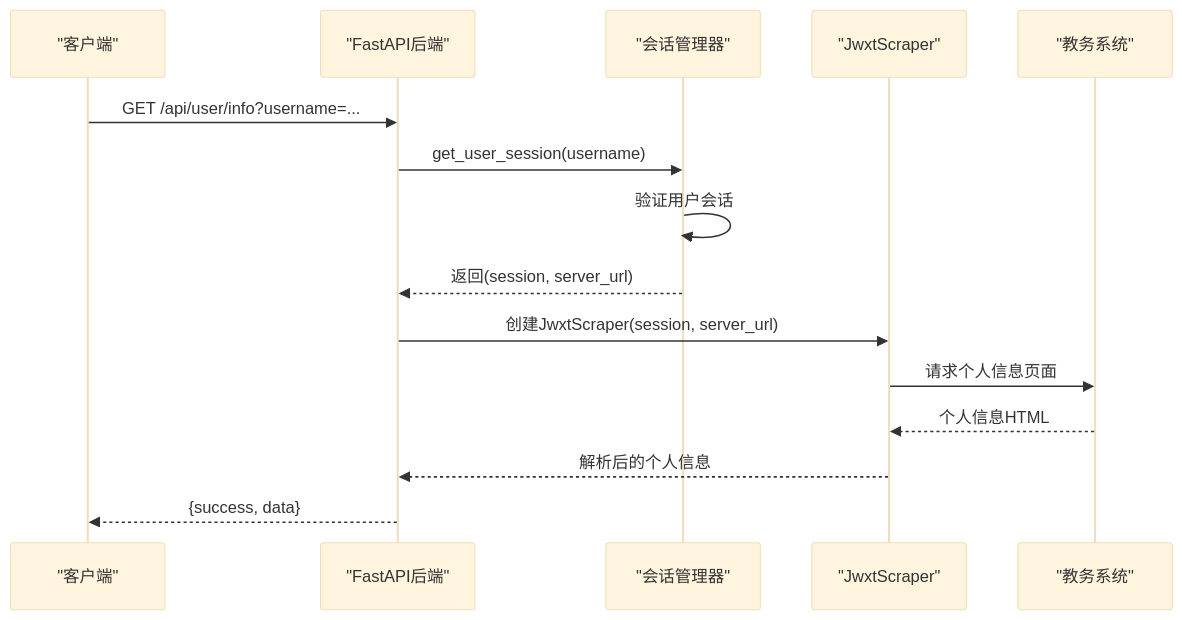
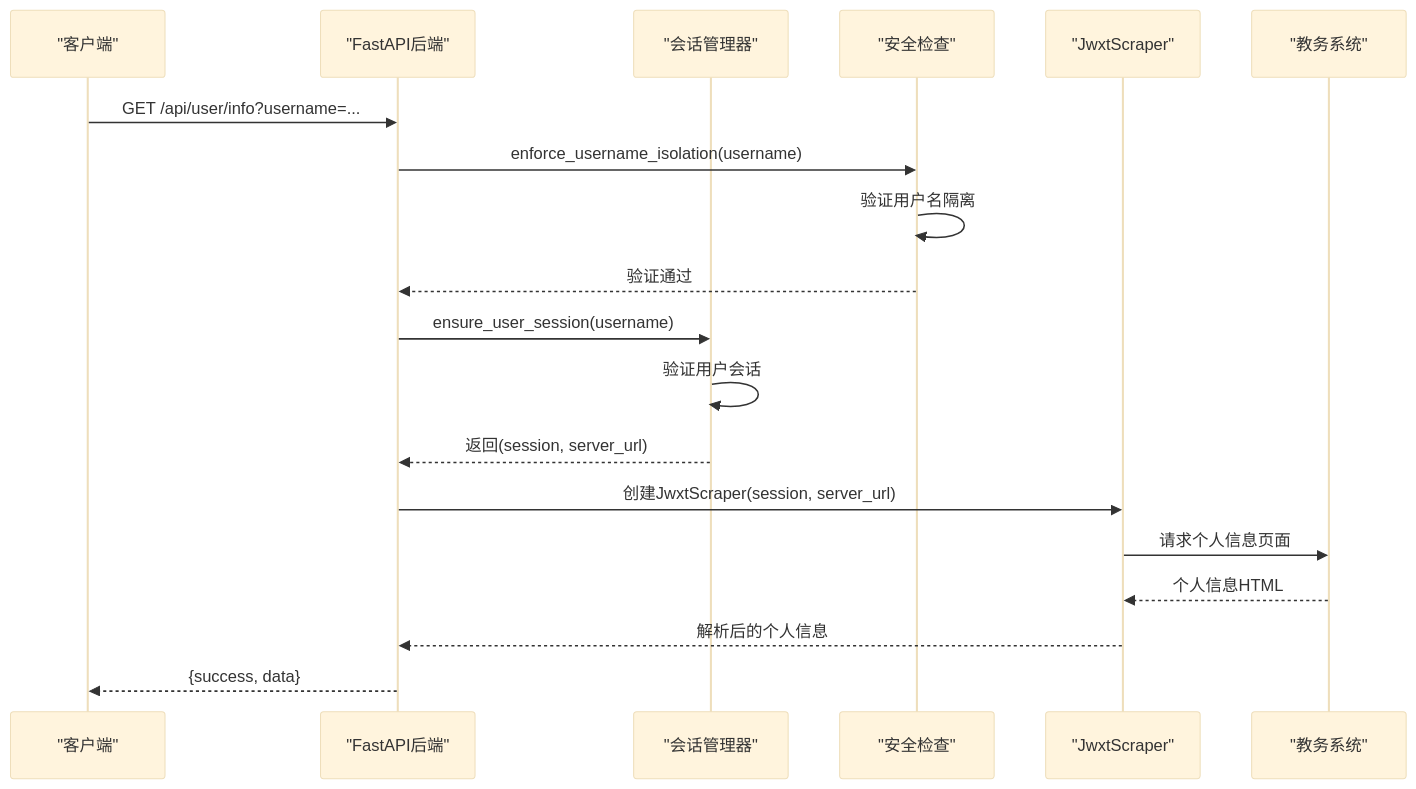
One commit to ghbbn053-ship-itsoulddog/soulddog changed the fourth of 15 diagrams in .qoder/repowiki/zh/content/后端API文档/个人信息查询API.md. Above: the diagram before and after it, drawn with Mermaid (base theme). The commit also changed other lines of this file and 119 other files, not shown here.

````diff
--- a/.qoder/repowiki/zh/content/后端API文档/个人信息查询API.md
+++ b/.qoder/repowiki/zh/content/后端API文档/个人信息查询API.md
@@ -190,17 +196,21 @@
 ```mermaid
 sequenceDiagram
 participant Client as "客户端"
 participant API as "FastAPI后端"
 participant SessionMgr as "会话管理器"
+participant Security as "安全检查"
 participant Scraper as "JwxtScraper"
 participant EduSys as "教务系统"
 Client->>API : GET /api/user/info?username=...
-API->>SessionMgr : get_user_session(username)
+API->>Security : enforce_username_isolation(username)
+Security->>Security : 验证用户名隔离
+Security-->>API : 验证通过
+API->>SessionMgr : ensure_user_session(username)
 SessionMgr->>SessionMgr : 验证用户会话
 SessionMgr-->>API : 返回(session, server_url)
 API->>Scraper : 创建JwxtScraper(session, server_url)
 Scraper->>EduSys : 请求个人信息页面
 EduSys-->>Scraper : 个人信息HTML
 Scraper-->>API : 解析后的个人信息
 API-->>Client : {success, data}
 ```
````
